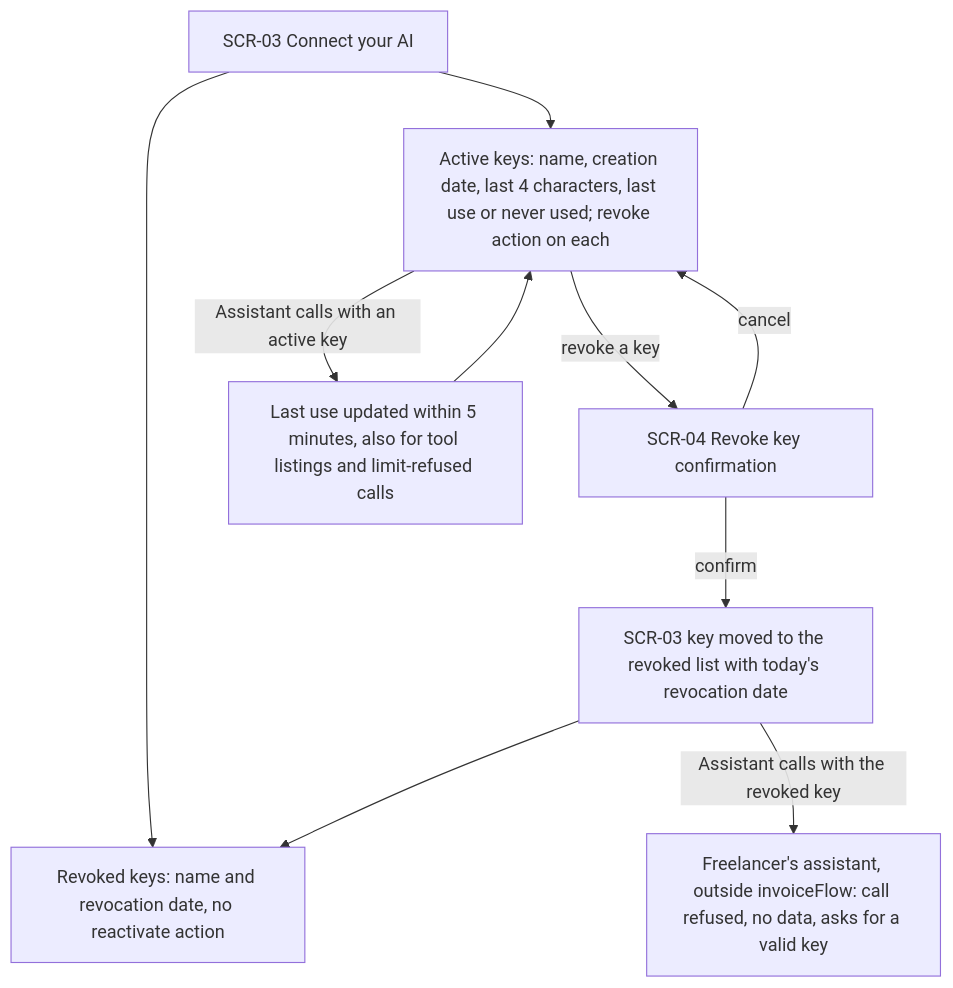
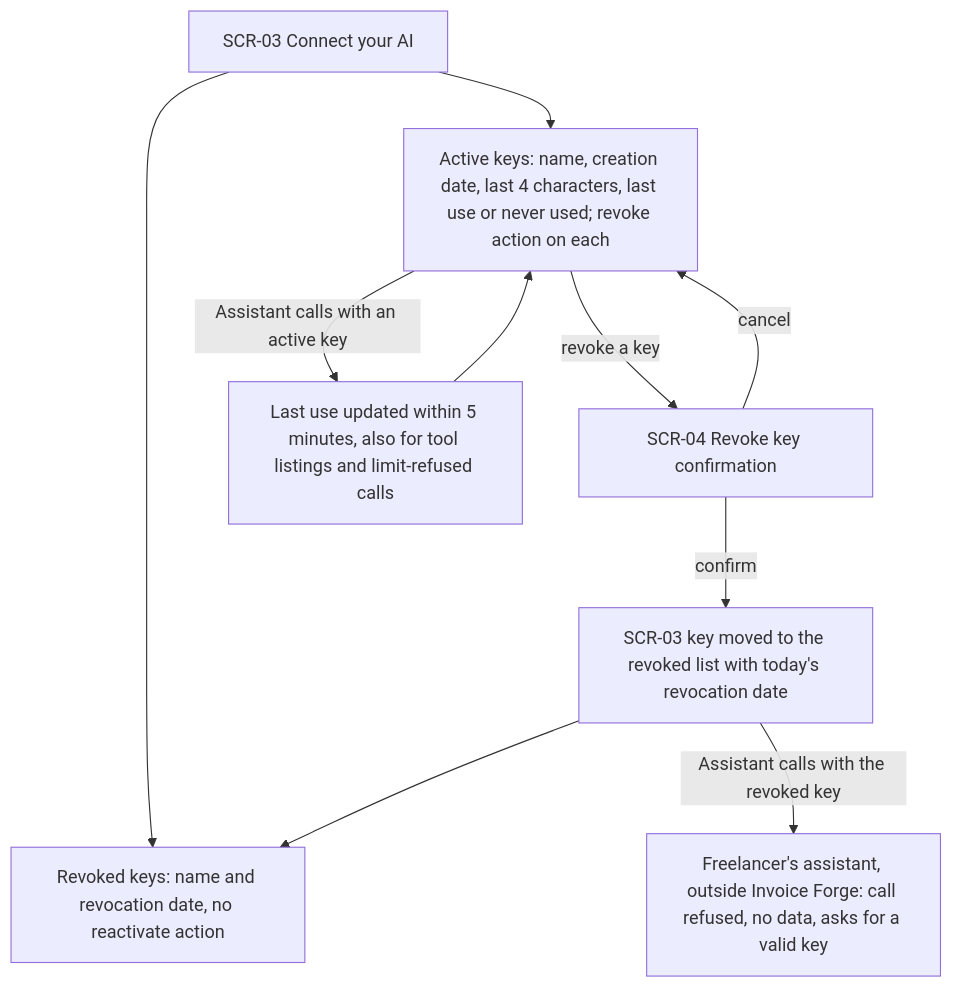
One commit to GopkoDev/invoiceForge changed the second of 6 diagrams in docs/features/mcp-server/ux-flows.md. Above: the diagram before and after it, drawn with Mermaid. The commit also changed other lines of this file and 50 other files, not shown here.

First line of the commit message:
fix: mcp-server use the product name Invoice Forge instead of invoiceFlow

````diff
--- a/docs/features/mcp-server/ux-flows.md
+++ b/docs/features/mcp-server/ux-flows.md
@@ -77,12 +77,12 @@
 ```mermaid
 flowchart TD
     B0["SCR-03 Connect your AI"] --> B1["Active keys: name, creation date, last 4 characters, last use or never used; revoke action on each"]
     B0 --> B2["Revoked keys: name and revocation date, no reactivate action"]
     B1 -->|revoke a key| B3["SCR-04 Revoke key confirmation"]
     B3 -->|cancel| B1
     B3 -->|confirm| B4["SCR-03 key moved to the revoked list with today's revocation date"]
     B4 --> B2
-    B4 -->|Assistant calls with the revoked key| B5["Freelancer's assistant, outside invoiceFlow: call refused, no data, asks for a valid key"]
+    B4 -->|Assistant calls with the revoked key| B5["Freelancer's assistant, outside Invoice Forge: call refused, no data, asks for a valid key"]
     B1 -->|Assistant calls with an active key| B6["Last use updated within 5 minutes, also for tool listings and limit-refused calls"]
     B6 --> B1
 ```
````
